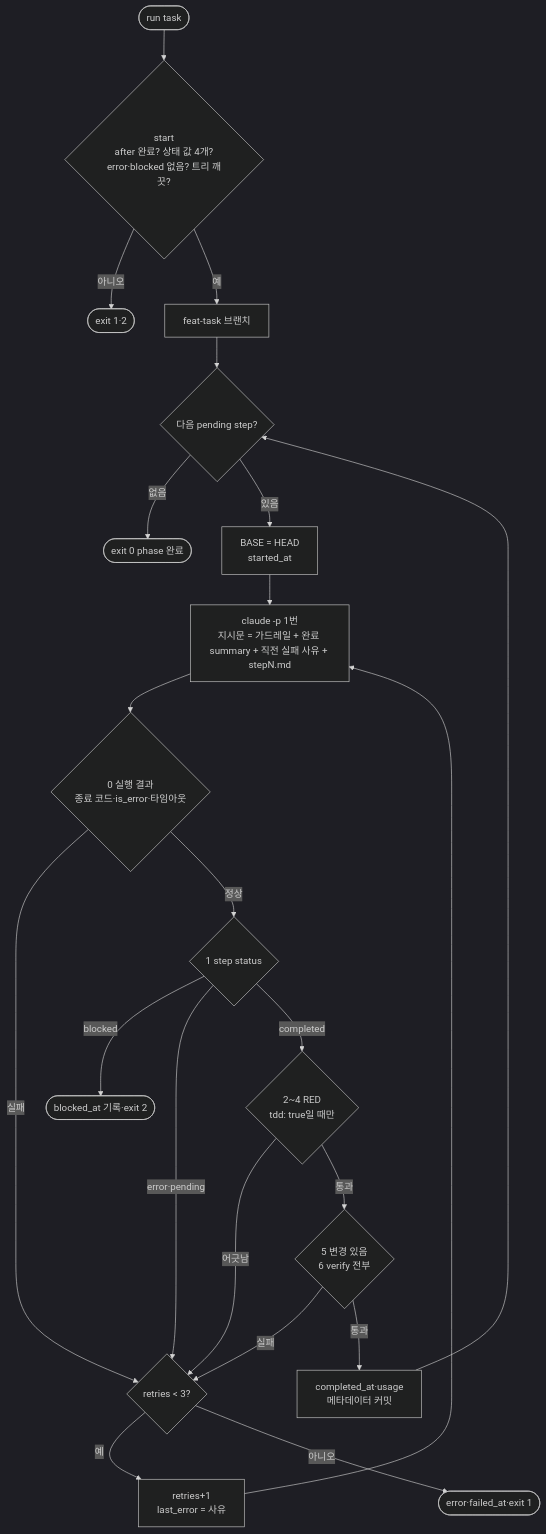
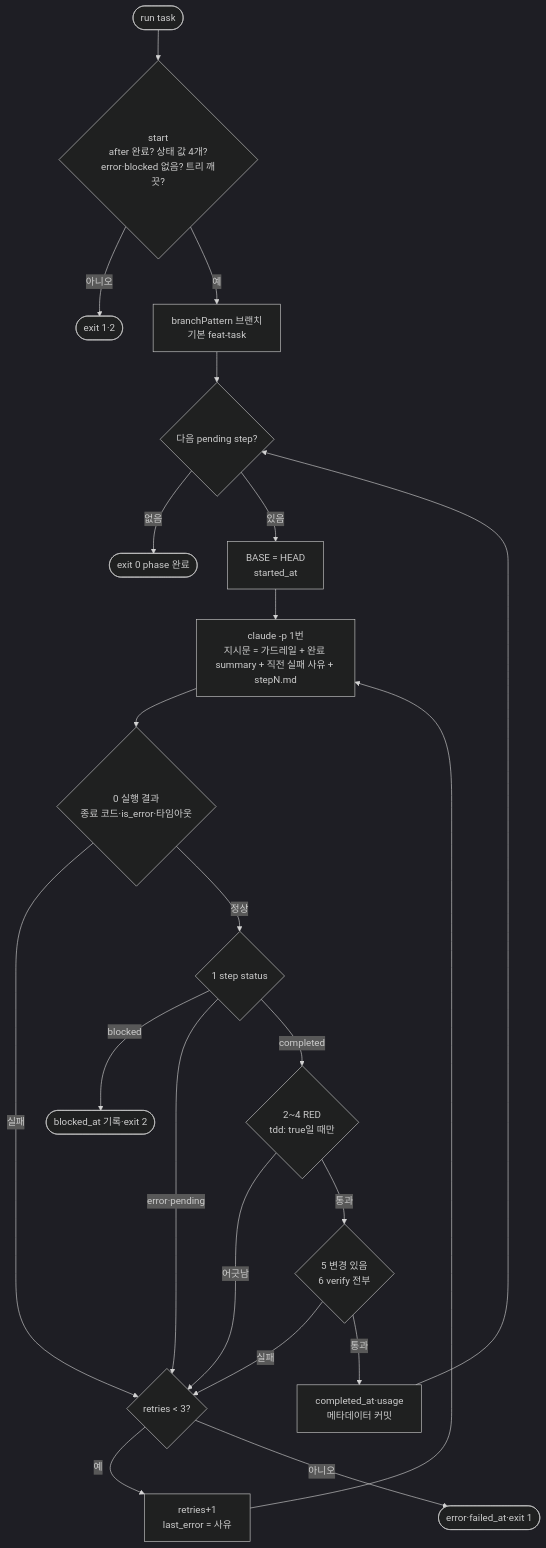
The diagram in docs/sdd-runner.md (jtwjs/claude-harness), drawn with Mermaid (dark theme) before and after one commit. The commit also changed 8 other files, not shown here.

First line of the commit message:
feat(harness-run): 러너 브랜치 이름을 레포 규칙(git.branchPattern)으로 (0.20.2)

````diff
--- a/docs/sdd-runner.md
+++ b/docs/sdd-runner.md
@@ -18,22 +18,22 @@
 ```mermaid
 flowchart TD
     S([run task]) --> P{start<br/>after 완료? 상태 값 4개?<br/>error·blocked 없음? 트리 깨끗?}
     P -- 아니오 --> X1([exit 1·2])
-    P -- 예 --> B[feat-task 브랜치]
+    P -- 예 --> B[branchPattern 브랜치<br/>기본 feat-task]
     B --> N{다음 pending step?}
     N -- 없음 --> DONE([exit 0 phase 완료])
     N -- 있음 --> BASE[BASE = HEAD<br/>started_at]
     BASE --> CALL["claude -p 1번<br/>지시문 = 가드레일 + 완료 summary + 직전 실패 사유 + stepN.md"]
     CALL --> J0{0 실행 결과<br/>종료 코드·is_error·타임아웃}
     J0 -- 실패 --> R
     J0 -- 정상 --> J1{1 step status}
     J1 -- blocked --> X2([blocked_at 기록·exit 2])
     J1 -- error·pending --> R
     J1 -- completed --> J2{2~4 RED<br/>tdd: true일 때만}
     J2 -- 어긋남 --> R
     J2 -- 통과 --> J5{5 변경 있음<br/>6 verify 전부}
     J5 -- 실패 --> R
     J5 -- 통과 --> C[completed_at·usage<br/>메타데이터 커밋] --> N
     R{retries < 3?} -- 예 --> RT[retries+1<br/>last_error = 사유] --> CALL
     R -- 아니오 --> X3([error·failed_at·exit 1])
 ```
````
